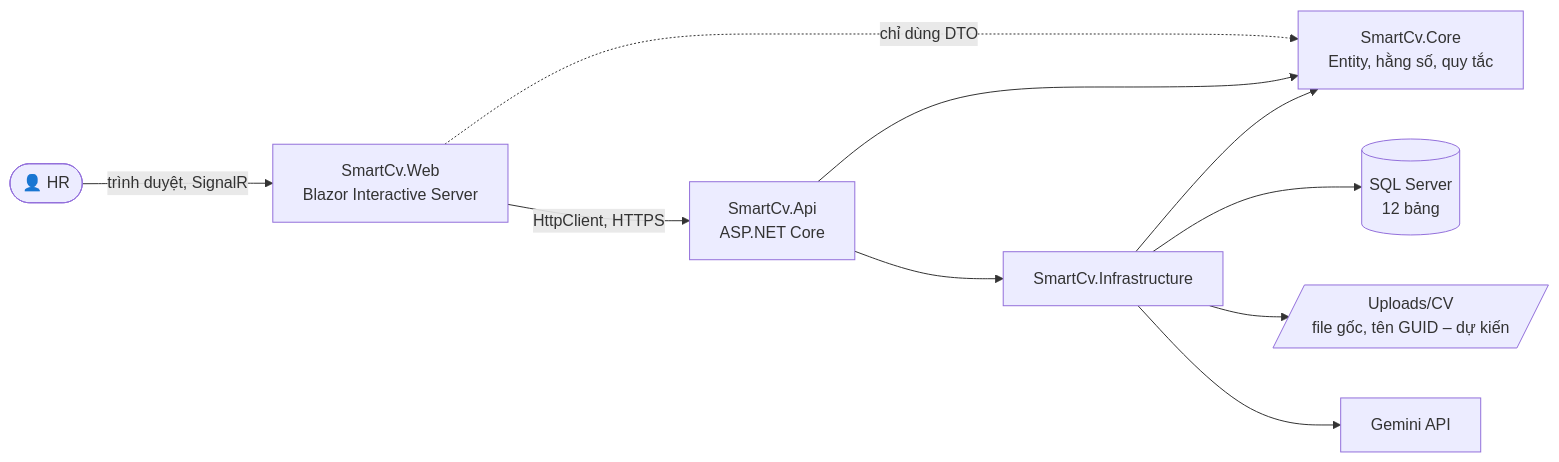
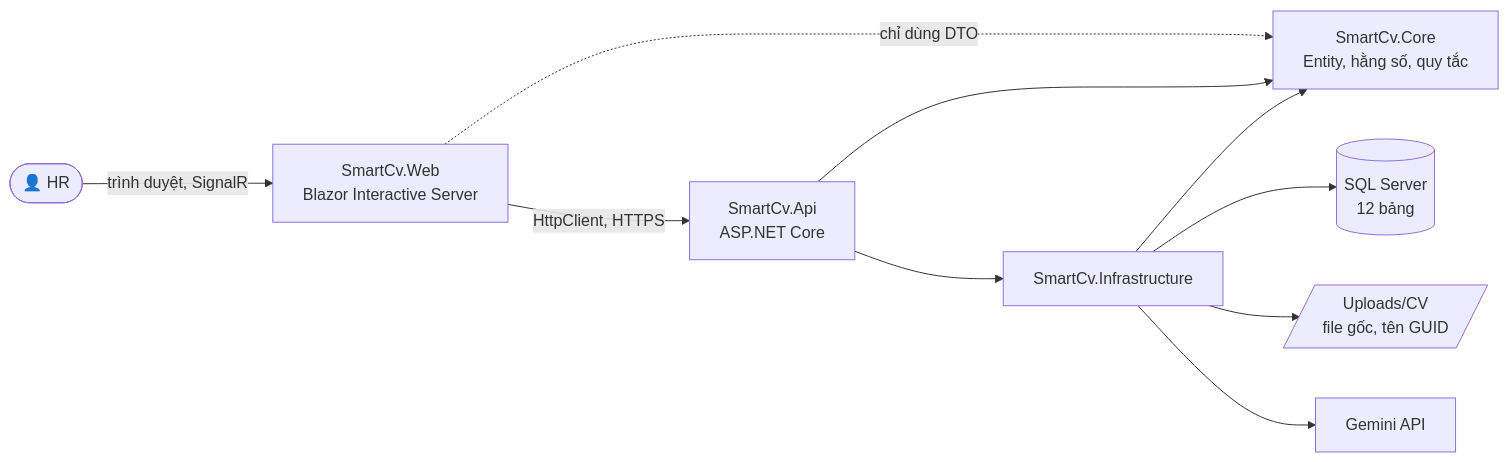
Before and after one commit to TuyetAnh0101/AI-CV-Screening: the first of 2 diagrams in README.md, drawn with Mermaid. The commit also changed other lines of this file, not shown here.

Commit message:
docs(A6): update README upload section to reflect saved CVs

````diff
--- a/README.md
+++ b/README.md
@@ -147,12 +147,12 @@
 ```mermaid
 flowchart LR
     HR([👤 HR]) -->|trình duyệt, SignalR| WEB[SmartCv.Web<br/>Blazor Interactive Server]
     WEB -->|HttpClient, HTTPS| API[SmartCv.Api<br/>ASP.NET Core]
     WEB -.->|chỉ dùng DTO| CORE
     API --> CORE[SmartCv.Core<br/>Entity, hằng số, quy tắc]
     API --> INFRA[SmartCv.Infrastructure]
     INFRA --> CORE
     INFRA --> DB[(SQL Server<br/>12 bảng)]
-    INFRA --> FS[/Uploads/CV<br/>file gốc, tên GUID – dự kiến/]
+    INFRA --> FS[/Uploads/CV<br/>file gốc, tên GUID/]
     INFRA --> GEM[Gemini API]
 ```
````
